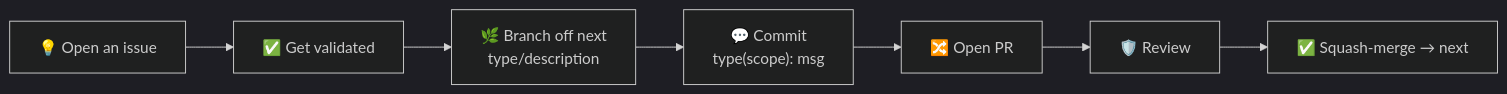
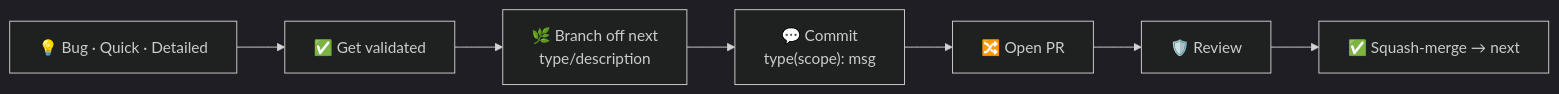
Before and after one commit to ai-driven-dev/aidd-framework: the diagram in CONTRIBUTING.md, drawn with Mermaid (dark theme). The commit also changed other lines of this file, not shown here.

First line of the commit message:
docs(framework): fold bug reports into the template list

````diff
--- a/CONTRIBUTING.md
+++ b/CONTRIBUTING.md
@@ -7,4 +7,4 @@
 ```mermaid
 flowchart LR
-    Issue["💡 Open an issue"] --> Validate["✅ Get validated"] --> Branch["🌿 Branch off next<br/>type/description"] --> Commit["💬 Commit<br/>type(scope): msg"] --> PR["🔀 Open PR"] --> Review["🛡️ Review"] --> Merge["✅ Squash-merge → next"]
+    Issue["💡 Bug · Quick · Detailed"] --> Validate["✅ Get validated"] --> Branch["🌿 Branch off next<br/>type/description"] --> Commit["💬 Commit<br/>type(scope): msg"] --> PR["🔀 Open PR"] --> Review["🛡️ Review"] --> Merge["✅ Squash-merge → next"]
 ```
````
